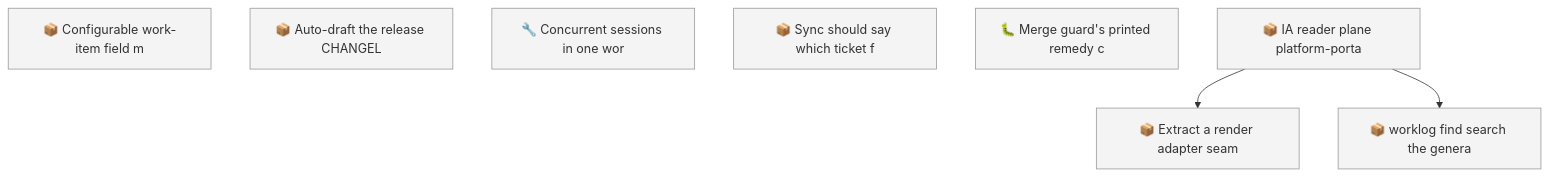
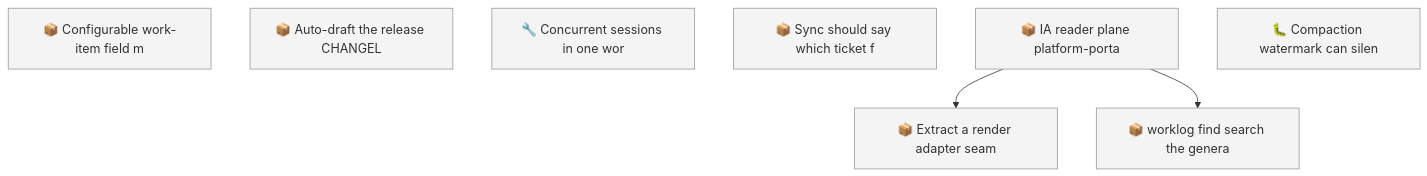
Before and after one commit to SpillwaveSolutions/wiki_ticket_sdd: the first of 2 diagrams in docs/roadmap.md, drawn with Mermaid. The commit also changed other lines of this file and 16 other files, not shown here.

````diff
--- a/docs/roadmap.md
+++ b/docs/roadmap.md
@@ -53,15 +53,15 @@
 ```mermaid
 graph TD
     01KY5NE0ZYGBWG44N0KPEBFCZ8["📦 Configurable work-item field m"]
     01KYAC0AC01R4C6W7YY1X8NVRV["📦 Auto-draft the release CHANGEL"]
     01KYNHEV5GCR1MDNECAXFT0GK2["🔧 Concurrent sessions in one wor"]
     01KYNHEVDSD4BTASXCTV88Q80Q["📦 Sync should say which ticket f"]
-    01KYWGJD1QCQRM6V6S0MWN5SCW["🐛 Merge guard's printed remedy c"]
     01KYWGM3KPNQNSWV03FRG23ADB["📦 IA reader plane platform-porta"]
     01KYWGM3R13Q33YZ3PJA3V7QMD["📦 Extract a render adapter seam"]
     01KYWGM3W958F3QK4HB52X1Q1X["📦 worklog find search the genera"]
+    01KYZ5CY9PS60BYH1E07DF5C9P["🐛 Compaction watermark can silen"]
     01KYWGM3KPNQNSWV03FRG23ADB --> 01KYWGM3R13Q33YZ3PJA3V7QMD
     01KYWGM3KPNQNSWV03FRG23ADB --> 01KYWGM3W958F3QK4HB52X1Q1X
     classDef todo fill:#f4f4f4,stroke:#999999
-    class 01KY5NE0ZYGBWG44N0KPEBFCZ8,01KYAC0AC01R4C6W7YY1X8NVRV,01KYNHEV5GCR1MDNECAXFT0GK2,01KYNHEVDSD4BTASXCTV88Q80Q,01KYWGJD1QCQRM6V6S0MWN5SCW,01KYWGM3KPNQNSWV03FRG23ADB,01KYWGM3R13Q33YZ3PJA3V7QMD,01KYWGM3W958F3QK4HB52X1Q1X todo
+    class 01KY5NE0ZYGBWG44N0KPEBFCZ8,01KYAC0AC01R4C6W7YY1X8NVRV,01KYNHEV5GCR1MDNECAXFT0GK2,01KYNHEVDSD4BTASXCTV88Q80Q,01KYWGM3KPNQNSWV03FRG23ADB,01KYWGM3R13Q33YZ3PJA3V7QMD,01KYWGM3W958F3QK4HB52X1Q1X,01KYZ5CY9PS60BYH1E07DF5C9P todo
 ```
````
